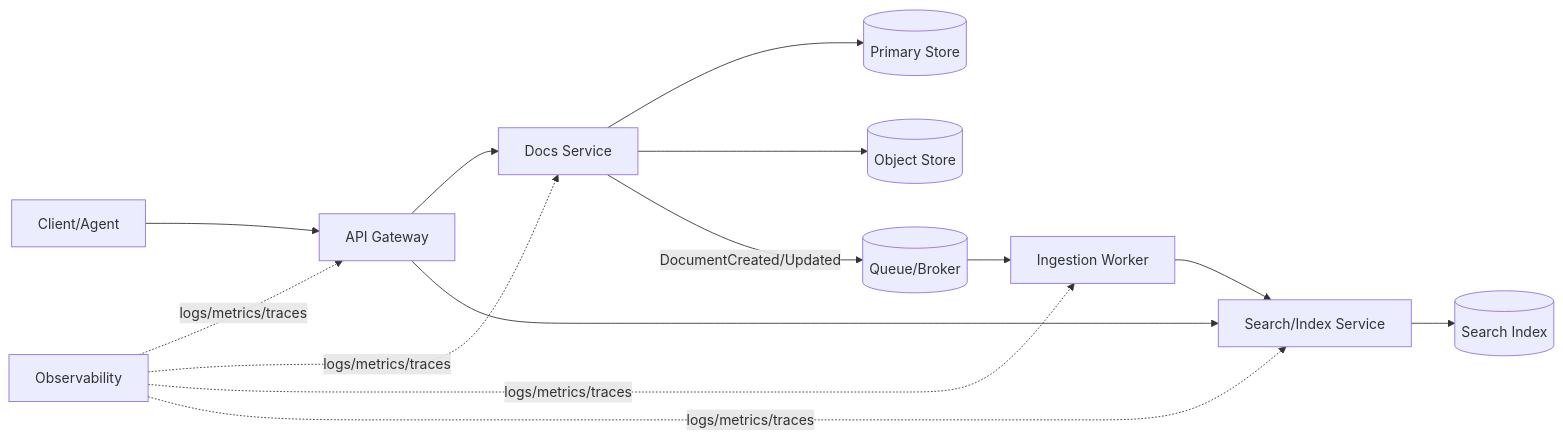
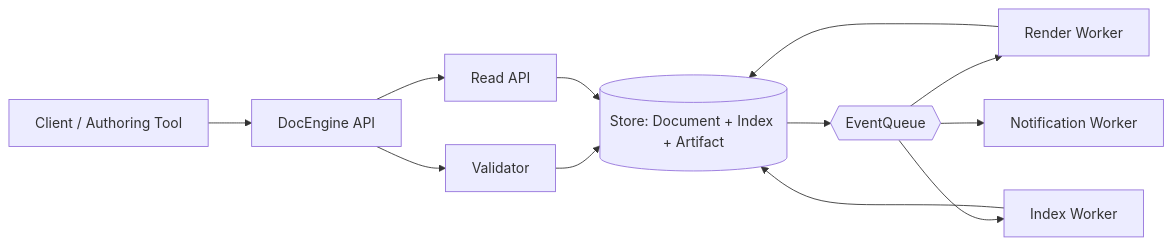
Before and after one commit to fliklab/agent-docs: the diagram in architecture.md, drawn with Mermaid. The commit also changed other lines of this file, not shown here.

Commit message:
feat: recreate agent-docs with arch

````diff
--- a/architecture.md
+++ b/architecture.md
@@ -60,16 +78,14 @@
 ```mermaid
 flowchart LR
-  U[Client/Agent] --> G[API Gateway]
-  G --> D[Docs Service]
-  D --> S[(Primary Store)]
-  D --> O[(Object Store)]
-  D -- DocumentCreated/Updated --> Q[(Queue/Broker)]
-  Q --> W[Ingestion Worker]
-  W --> X[Search/Index Service]
-  X --> I[(Search Index)]
-  G --> X
-  M[Observability] -. logs/metrics/traces .-> G
-  M -. logs/metrics/traces .-> D
-  M -. logs/metrics/traces .-> W
-  M -. logs/metrics/traces .-> X
+    A[Client / Authoring Tool] --> B[DocEngine API]
+    B --> C[Validator]
+    C --> D[(Store: Document + Index + Artifact)]
+    D --> E{{EventQueue}}
+    E --> F[Render Worker]
+    E --> G[Index Worker]
+    E --> H[Notification Worker]
+    F --> D
+    G --> D
+    B --> I[Read API]
+    I --> D
 ```
````
